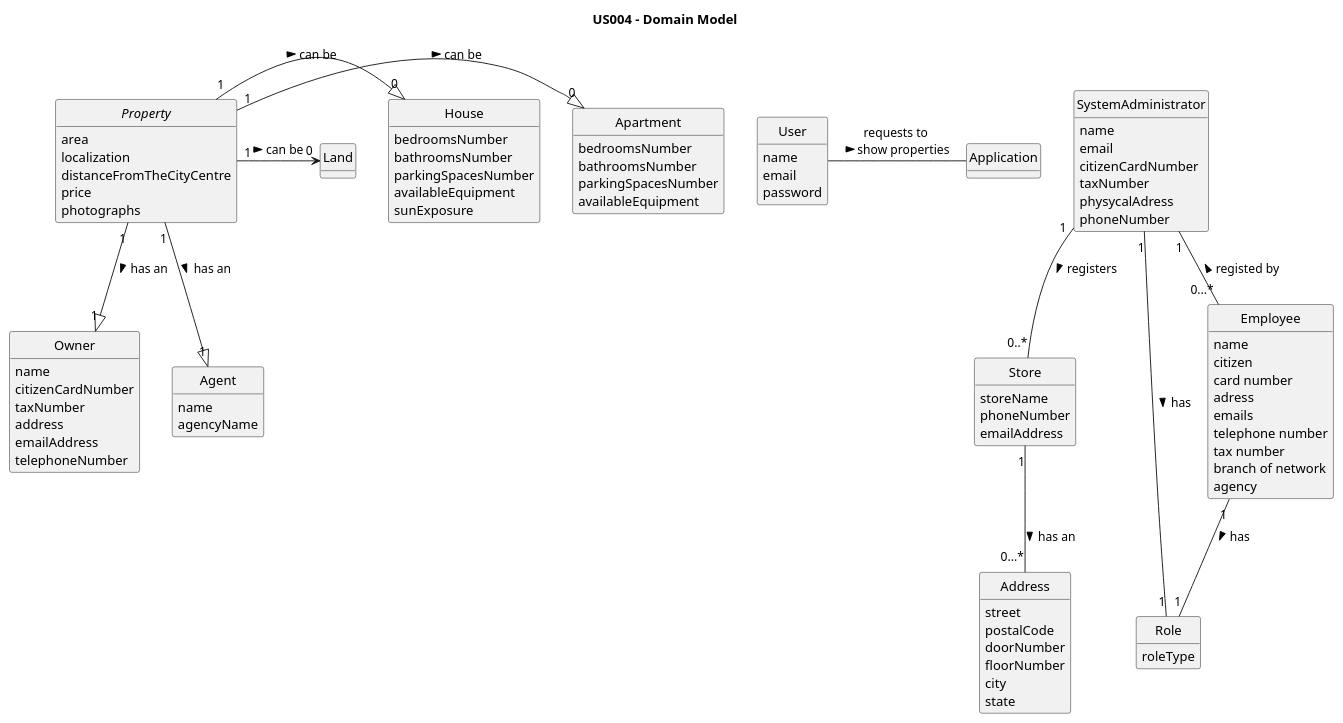
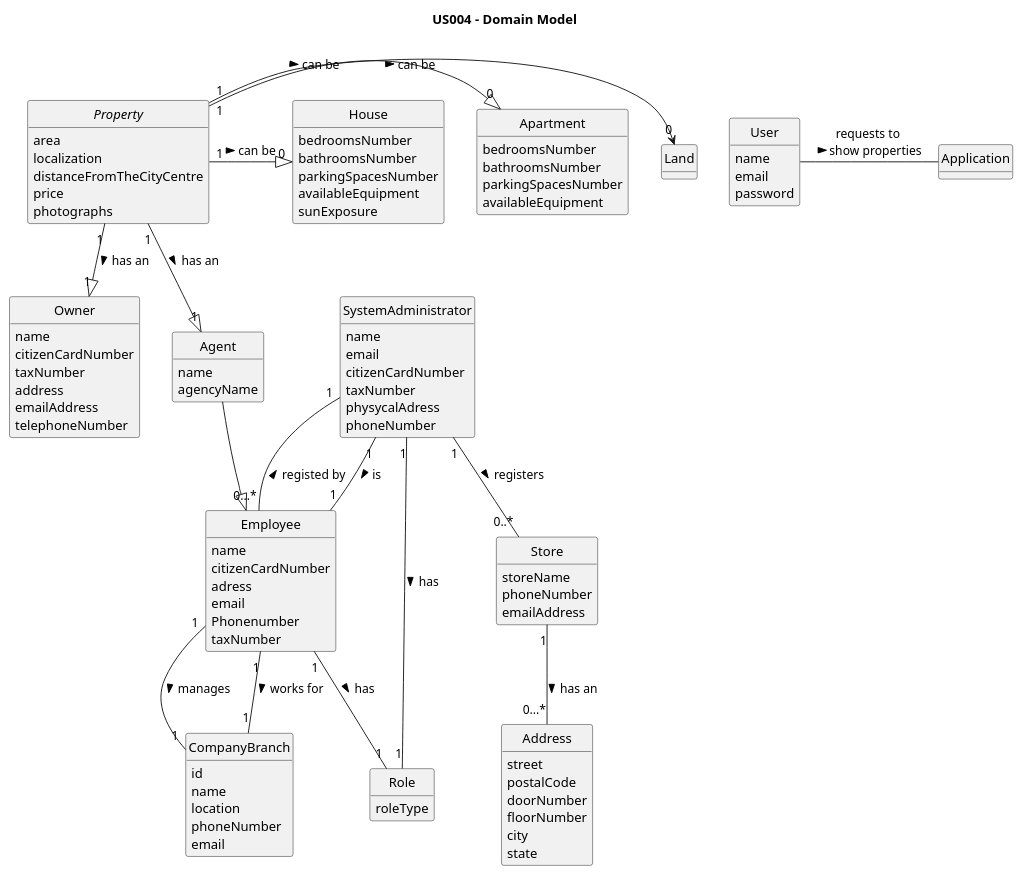
One commit to 1220812/LAPR2 changed the diagram in docs/sprintA/global-artifacts/02.analysis/puml/project-domain-model.puml. Above: the diagram before and after it, drawn with PlantUML. The commit also changed 2 other files, not shown here.

```diff
--- a/docs/sprintA/global-artifacts/02.analysis/puml/project-domain-model.puml
+++ b/docs/sprintA/global-artifacts/02.analysis/puml/project-domain-model.puml
@@ -1,122 +1,134 @@
 @startuml
 skinparam monochrome true
 skinparam packageStyle rectangle
 skinparam shadowing false
 
 'left to right direction
 
 skinparam classAttributeIconSize 0
 
 hide circle
 hide methods
 
 title US004 - Domain Model
 
 abstract class Property {
     area
     localization
     distanceFromTheCityCentre
     price
     photographs
 }
 
 class Owner {
     name
     citizenCardNumber
     taxNumber
     address
     emailAddress
     telephoneNumber
 }
 
 class Land{
 
 }
 
 class House{
     bedroomsNumber
     bathroomsNumber
     parkingSpacesNumber
     availableEquipment
     sunExposure
 }
 
 class Apartment{
     bedroomsNumber
     bathroomsNumber
     parkingSpacesNumber
     availableEquipment
 }
 class Agent{
     name
     agencyName
 }
 class Store {
     storeName
     phoneNumber
     emailAddress
 }
 class SystemAdministrator {
       name
       email
       citizenCardNumber
       taxNumber
       physycalAdress
       phoneNumber
     }
 
 class Role{
 roleType
 
 }
 class Address {
     street
     postalCode
     doorNumber
     floorNumber
     city
     state
 }
 class Employee {
     name
-    citizen
-    card number
+    citizenCardNumber
     adress
-    emails
-    telephone number
-    tax number
-    branch of network
-    agency
+    email
+    Phonenumber
+    taxNumber
+
 }
 class User {
     name
     email
     password
 }
 
 class Application {
 
+}
+class CompanyBranch{
+id
+name
+location
+phoneNumber
+email
 }
 
 Property "1" --|> "1" Owner : has an >
 Property "1" --|> "1" Agent : has an >
 
 Property "1" -R-|> "0" Apartment : can be >
 Property "1" -R-|> "0" House : can be >
 Property "1" -R-----> "0" Land : can be >
 
 SystemAdministrator "1" -- "0..*" Store : registers >
 Store "1" -- "0...*" Address : has an >
 
 SystemAdministrator "1"--"0...*" Employee: registed by <
 
 User - Application: requests to \nshow properties >
 
 SystemAdministrator "1" -- "1" Role : has >
 
 Employee "1" -- "1" Role : has >
 
+Agent  --|>  Employee
+SystemAdministrator "1"--"1" Employee: is >
+Employee "1"--"1" CompanyBranch: manages >
+Employee "1"--"1" CompanyBranch: works for >
+
+
+
 
 
 
 @enduml
```
